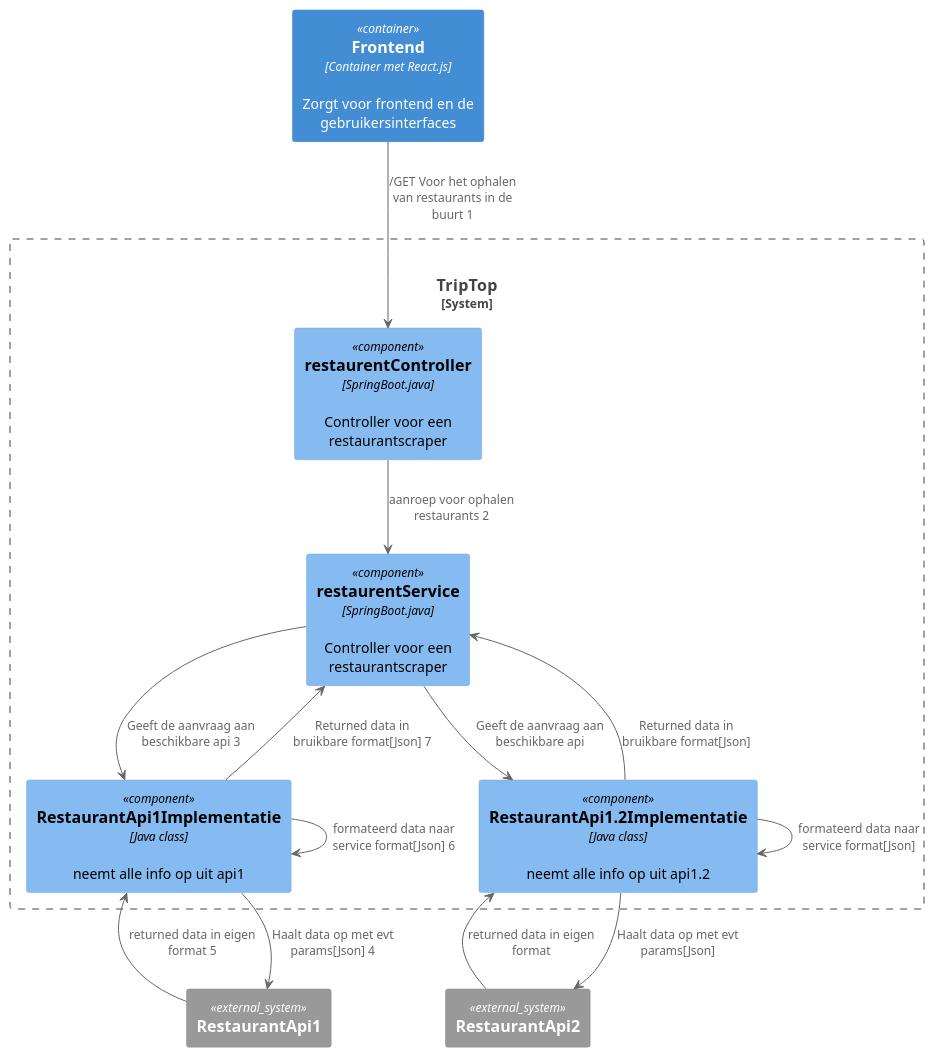
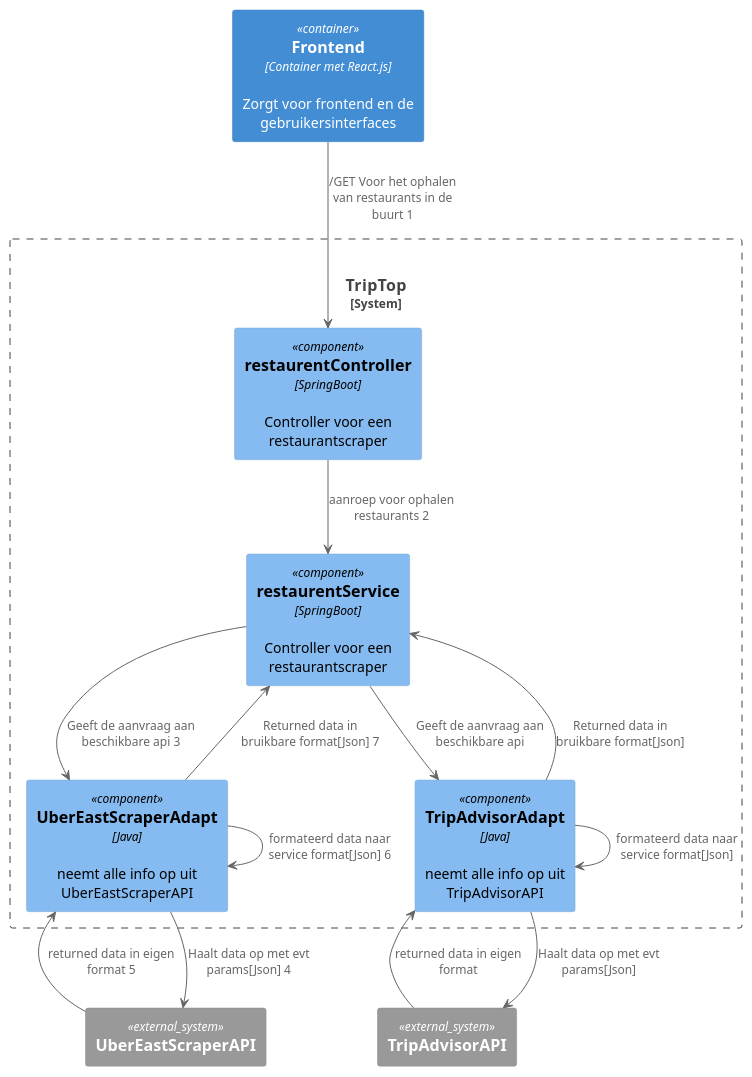
One commit to AIM-ENE-feb25/triptop-jrn changed the diagram in opdracht-diagrammen/Dynamicdiagram.puml. Above: the diagram before and after it, drawn with PlantUML. The commit also changed 3 other files, not shown here.

Commit message:
aanpassingen in diagrammen

```diff
--- a/opdracht-diagrammen/Dynamicdiagram.puml
+++ b/opdracht-diagrammen/Dynamicdiagram.puml
@@ -1,40 +1,37 @@
 @startuml
 !include <C4/C4_Container>
 !include <C4/C4_Component>
 !include https://raw.githubusercontent.com/plantuml-stdlib/C4-PlantUML/master/C4_Component.puml
 
 Container("frontend", "Frontend", "Container met React.js", "Zorgt voor frontend en de gebruikersinterfaces")
 
 System_Boundary(triptop_core, "TripTop") {
-Component("restaurentController1", "restaurentController","SpringBoot.java","Controller voor een restaurantscraper")
-Component("restaurentService1", "restaurentService","SpringBoot.java","Controller voor een restaurantscraper")
-Component("RestaurantApi1Implementatie", "RestaurantApi1Implementatie", "Java class", "neemt alle info op uit api1")
-Component("RestaurantApi1.2Implementatie", "RestaurantApi1.2Implementatie", "Java class", "neemt alle info op uit api1.2")
+Component("restaurentController1", "restaurentController","SpringBoot","Controller voor een restaurantscraper")
+Component("restaurentService1", "restaurentService","SpringBoot","Controller voor een restaurantscraper")
+Component("RestaurantApi1Implementatie", "UberEastScraperAdapt",  "Java", "neemt alle info op uit UberEastScraperAPI")
+Component("RestaurantApi1.2Implementatie", "TripAdvisorAdapt", "Java", "neemt alle info op uit TripAdvisorAPI")
 }
 
-System_Ext("RestaurantApi1","RestaurantApi1")
-System_Ext("RestaurantApi2","RestaurantApi2")
+System_Ext("RestaurantApi1","UberEastScraperAPI")
+System_Ext("RestaurantApi2","TripAdvisorAPI")
 
 frontend --> restaurentController1 : "/GET Voor het ophalen van restaurants in de buurt 1"
 
 restaurentController1 --> restaurentService1 : "aanroep voor ophalen restaurants 2"
 
 restaurentService1 --> "RestaurantApi1Implementatie" : "Geeft de aanvraag aan beschikbare api 3"
 restaurentService1 --> "RestaurantApi1.2Implementatie" : "Geeft de aanvraag aan beschikbare api"
 
 "RestaurantApi1Implementatie" --> "RestaurantApi1" : "Haalt data op met evt params[Json] 4"
 "RestaurantApi1.2Implementatie"--> "RestaurantApi2" : "Haalt data op met evt params[Json]"
 
 "RestaurantApi2" --> "RestaurantApi1.2Implementatie" : "returned data in eigen format "
 "RestaurantApi1" --> "RestaurantApi1Implementatie" : "returned data in eigen format 5"
 
 "RestaurantApi1.2Implementatie" --> "RestaurantApi1.2Implementatie" : "formateerd data naar service format[Json]"
 "RestaurantApi1Implementatie" --> "RestaurantApi1Implementatie" : "formateerd data naar service format[Json] 6"
 
 "RestaurantApi1Implementatie" --> "restaurentService1" : "Returned data in bruikbare format[Json] 7"
 "RestaurantApi1.2Implementatie" --> "restaurentService1" : "Returned data in bruikbare format[Json]"
 
-
-
-
 @enduml
```
